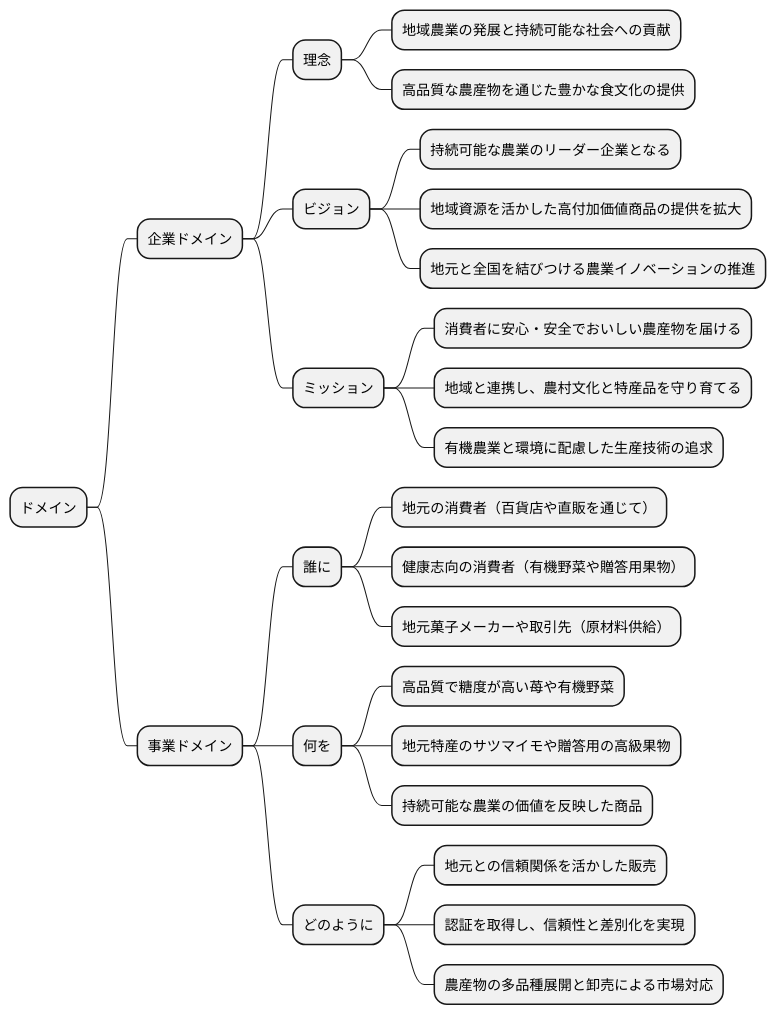
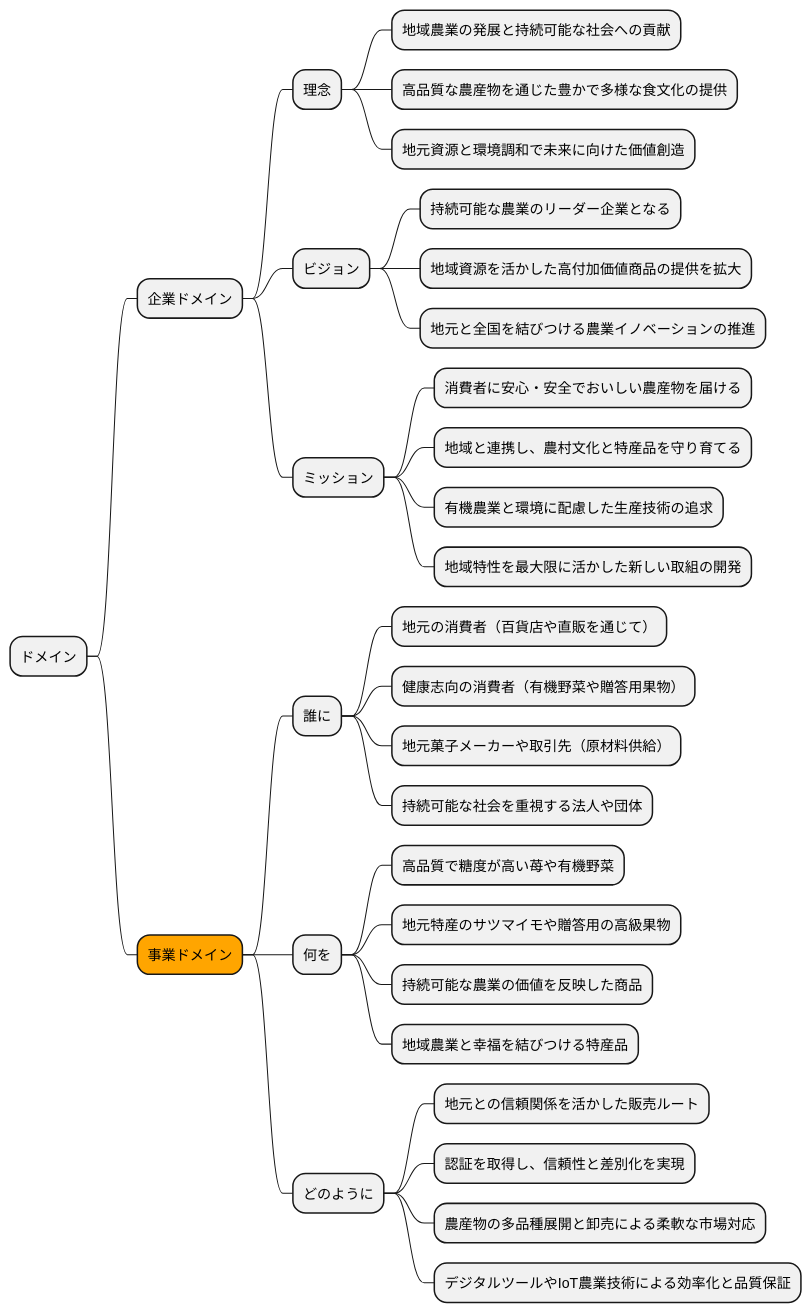
One commit to k2works/case-study-business-analysis changed the fifth of 19 diagrams in docs/case/r04_case_1.adoc. Above: the diagram before and after it, drawn with PlantUML. The commit also changed other lines of this file, not shown here.

```diff
--- a/docs/case/r04_case_1.adoc
+++ b/docs/case/r04_case_1.adoc
@@ -204,33 +242,38 @@
 [plantuml]
 ----
 @startmindmap
 
 * ドメイン
 ** 企業ドメイン
 *** 理念
 **** 地域農業の発展と持続可能な社会への貢献
-**** 高品質な農産物を通じた豊かな食文化の提供
+**** 高品質な農産物を通じた豊かで多様な食文化の提供
+**** 地元資源と環境調和で未来に向けた価値創造
 *** ビジョン
 **** 持続可能な農業のリーダー企業となる
 **** 地域資源を活かした高付加価値商品の提供を拡大
 **** 地元と全国を結びつける農業イノベーションの推進
 *** ミッション
 **** 消費者に安心・安全でおいしい農産物を届ける
 **** 地域と連携し、農村文化と特産品を守り育てる
 **** 有機農業と環境に配慮した生産技術の追求
-** 事業ドメイン
+**** 地域特性を最大限に活かした新しい取組の開発
+**[#orange] 事業ドメイン
 *** 誰に
 **** 地元の消費者（百貨店や直販を通じて）
 **** 健康志向の消費者（有機野菜や贈答用果物）
 **** 地元菓子メーカーや取引先（原材料供給）
+**** 持続可能な社会を重視する法人や団体
 *** 何を
 **** 高品質で糖度が高い苺や有機野菜
 **** 地元特産のサツマイモや贈答用の高級果物
 **** 持続可能な農業の価値を反映した商品
+**** 地域農業と幸福を結びつける特産品
 *** どのように
-**** 地元との信頼関係を活かした販売
+**** 地元との信頼関係を活かした販売ルート
 **** 認証を取得し、信頼性と差別化を実現
-**** 農産物の多品種展開と卸売による市場対応
+**** 農産物の多品種展開と卸売による柔軟な市場対応
+**** デジタルツールやIoT農業技術による効率化と品質保証
 
 @endmindmap
 ----
```
